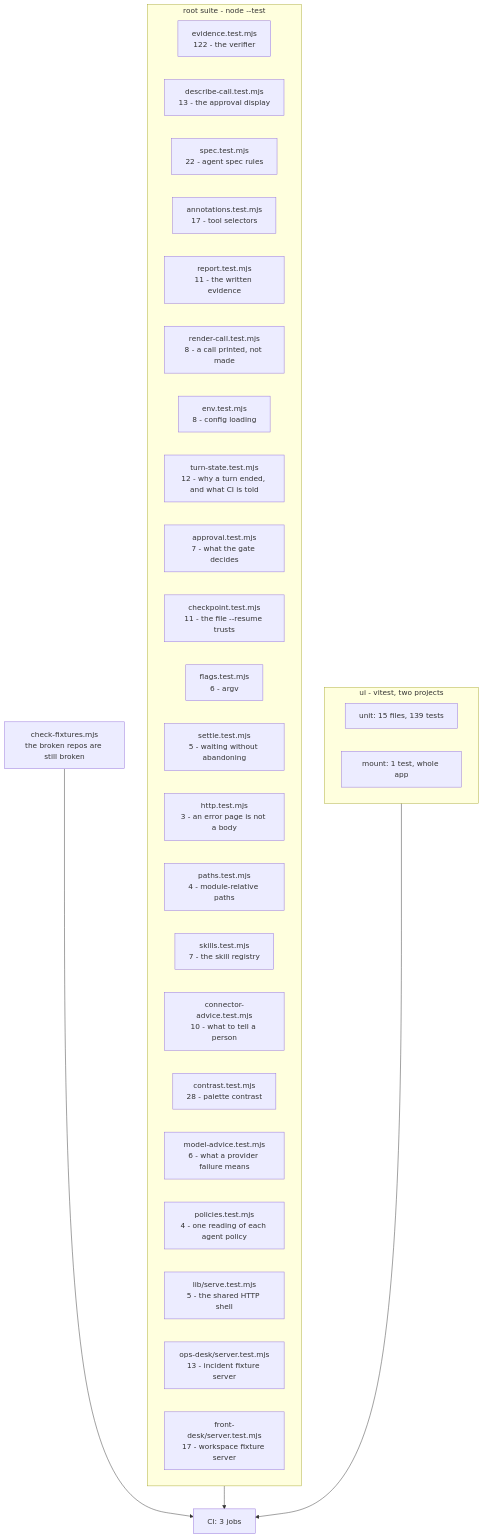
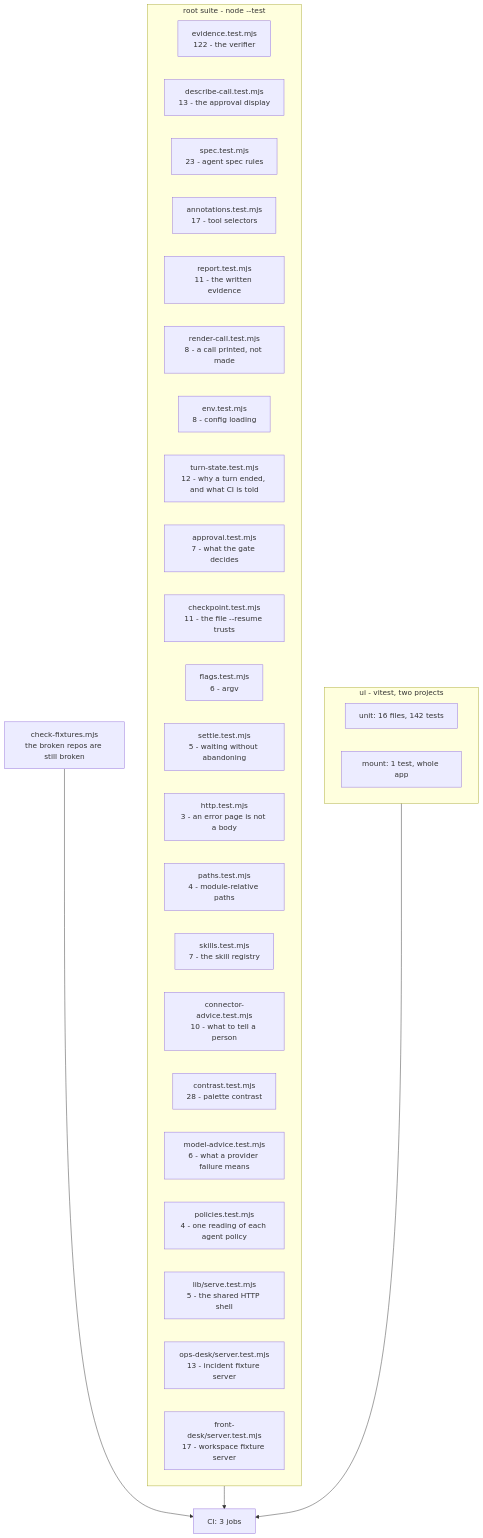
The diagram in TESTING.md (manumishra12/quartermaster), drawn with Mermaid before and after one commit. The commit also changed other lines of this file and 10 other files, not shown here.

````diff
--- a/TESTING.md
+++ b/TESTING.md
@@ -30,38 +30,38 @@
 ```mermaid
 flowchart TD
   subgraph root["root suite - node --test"]
     EV["evidence.test.mjs<br/>122 - the verifier"]
     DC["describe-call.test.mjs<br/>13 - the approval display"]
-    SP["spec.test.mjs<br/>22 - agent spec rules"]
+    SP["spec.test.mjs<br/>23 - agent spec rules"]
     AN["annotations.test.mjs<br/>17 - tool selectors"]
     RP["report.test.mjs<br/>11 - the written evidence"]
     RC["render-call.test.mjs<br/>8 - a call printed, not made"]
     EN["env.test.mjs<br/>8 - config loading"]
     TS["turn-state.test.mjs<br/>12 - why a turn ended, and what CI is told"]
     AP["approval.test.mjs<br/>7 - what the gate decides"]
     CK["checkpoint.test.mjs<br/>11 - the file --resume trusts"]
     FL["flags.test.mjs<br/>6 - argv"]
     ST["settle.test.mjs<br/>5 - waiting without abandoning"]
     HT["http.test.mjs<br/>3 - an error page is not a body"]
     PA["paths.test.mjs<br/>4 - module-relative paths"]
     SK["skills.test.mjs<br/>7 - the skill registry"]
     CA["connector-advice.test.mjs<br/>10 - what to tell a person"]
     CO["contrast.test.mjs<br/>28 - palette contrast"]
     MA["model-advice.test.mjs<br/>6 - what a provider failure means"]
     PO["policies.test.mjs<br/>4 - one reading of each agent policy"]
     SV["lib/serve.test.mjs<br/>5 - the shared HTTP shell"]
     OD["ops-desk/server.test.mjs<br/>13 - incident fixture server"]
     FD["front-desk/server.test.mjs<br/>17 - workspace fixture server"]
   end
 
   subgraph ui["ui - vitest, two projects"]
-    U1["unit: 15 files, 139 tests"]
+    U1["unit: 16 files, 142 tests"]
     U2["mount: 1 test, whole app"]
   end
 
   FX["check-fixtures.mjs<br/>the broken repos are still broken"]
 
   root --> CI["CI: 3 jobs"]
   ui --> CI
   FX --> CI
 ```
````
